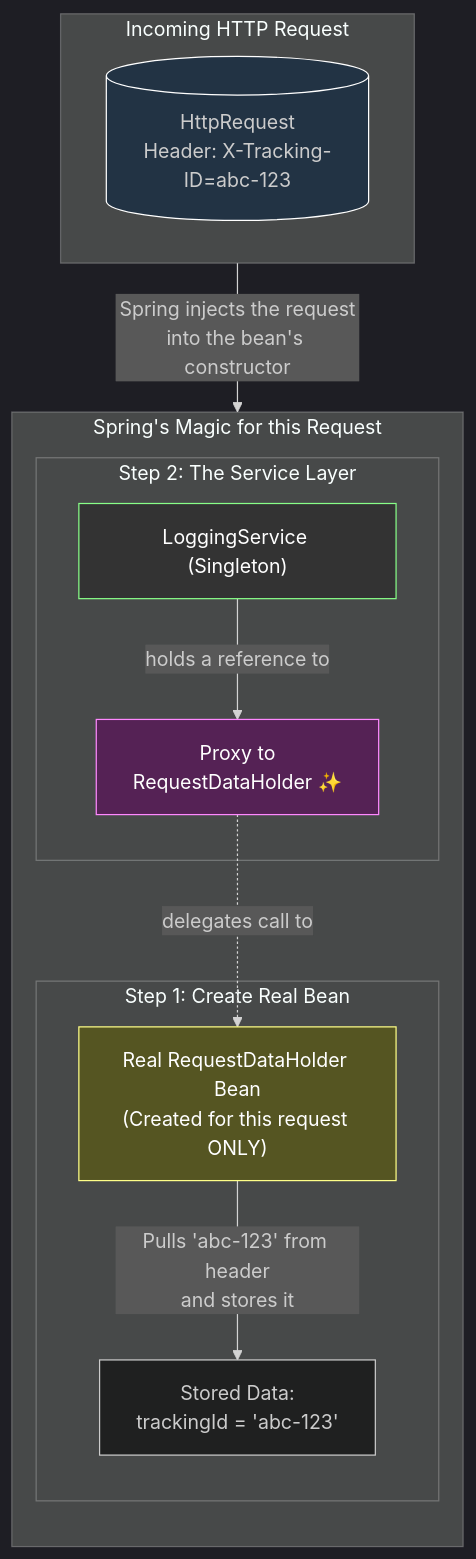
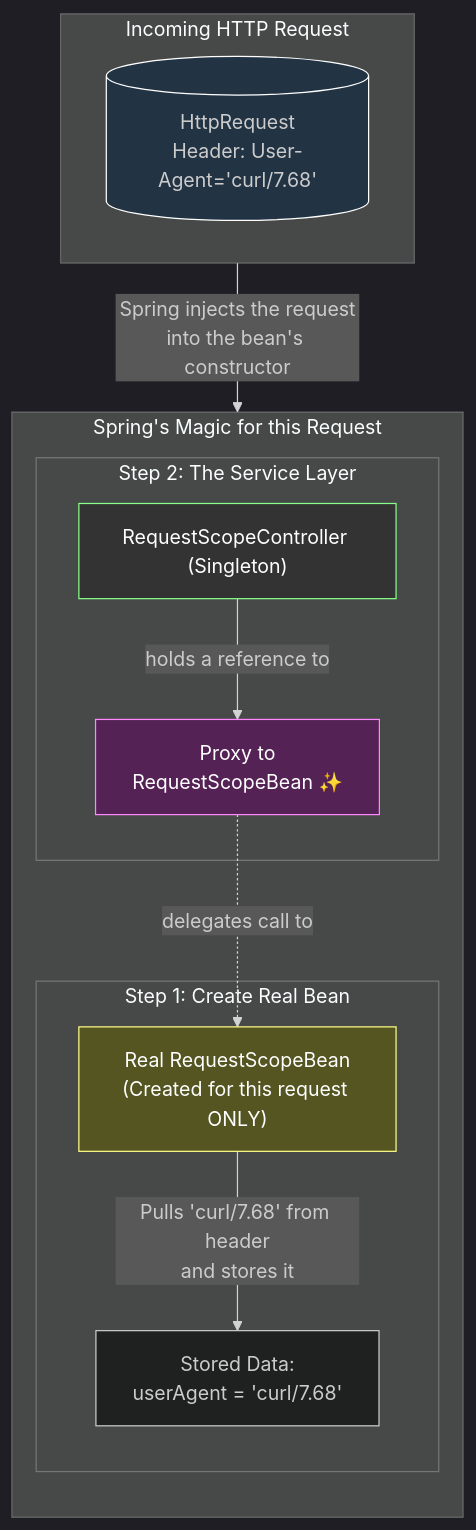
One commit to pdheeraj99/Spring-Guide changed the second of 2 diagrams in Spring-Concepts/02-Core-Technologies/01-The-IoC-Container/12-The-Request-Scope.md. Above: the diagram before and after it, drawn with Mermaid. The commit also changed other lines of this file and 2 other files, not shown here.

````diff
--- a/Spring-Concepts/02-Core-Technologies/01-The-IoC-Container/12-The-Request-Scope.md
+++ b/Spring-Concepts/02-Core-Technologies/01-The-IoC-Container/12-The-Request-Scope.md
@@ -58,29 +56,29 @@
 ```mermaid
 %%{init: {'theme': 'dark', 'themeVariables': { 'primaryColor': '#2d2d2d', 'primaryTextColor': '#fff'}}}%%
 graph TD
     subgraph "Incoming HTTP Request"
         direction LR
-        Req[("HttpRequest<br/>Header: X-Tracking-ID=abc-123")]
+        Req[("HttpRequest<br/>Header: User-Agent='curl/7.68'")]
     end
 
     subgraph "Spring's Magic for this Request"
         direction TB
         subgraph "Step 1: Create Real Bean"
-            RealBean["Real RequestDataHolder Bean<br/>(Created for this request ONLY)"];
+            RealBean["Real RequestScopeBean<br/>(Created for this request ONLY)"];
             Req -- "Spring injects the request<br/>into the bean's constructor" --> RealBean;
-            RealBean -- "Pulls 'abc-123' from header<br/>and stores it" --> Data["Stored Data:<br/>trackingId = 'abc-123'"];
+            RealBean -- "Pulls 'curl/7.68' from header<br/>and stores it" --> Data["Stored Data:<br/>userAgent = 'curl/7.68'"];
         end
 
         subgraph "Step 2: The Service Layer"
-            Service["LoggingService (Singleton)"];
-            Proxy["Proxy to<br/>RequestDataHolder ✨"];
+            Service["RequestScopeController (Singleton)"];
+            Proxy["Proxy to<br/>RequestScopeBean ✨"];
             Service -- "holds a reference to" --> Proxy;
             Proxy -.->|delegates call to| RealBean;
         end
     end
 
     style Req fill:#234,stroke:#fff
     style RealBean fill:#552,stroke:#ff8,color:#fff
     style Service fill:#333,stroke:#8f8,color:#fff
     style Proxy fill:#525,stroke:#f8f,color:#fff
 ```
````
